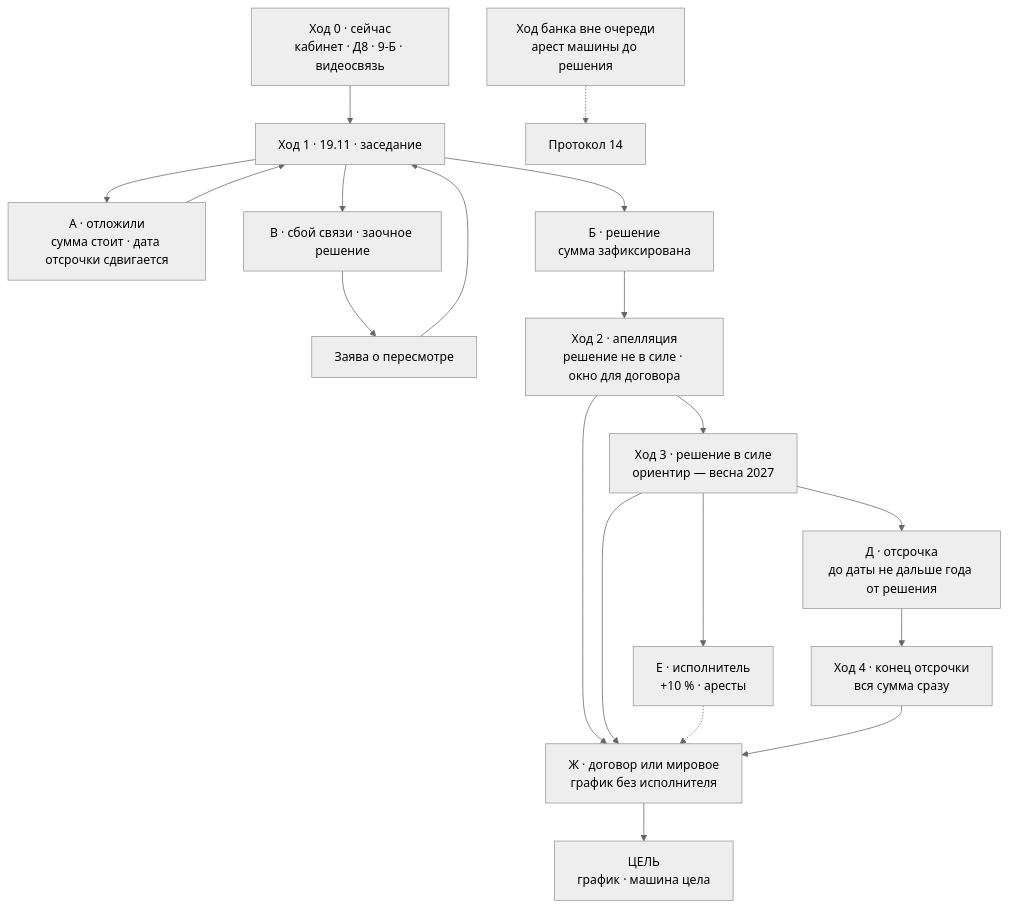
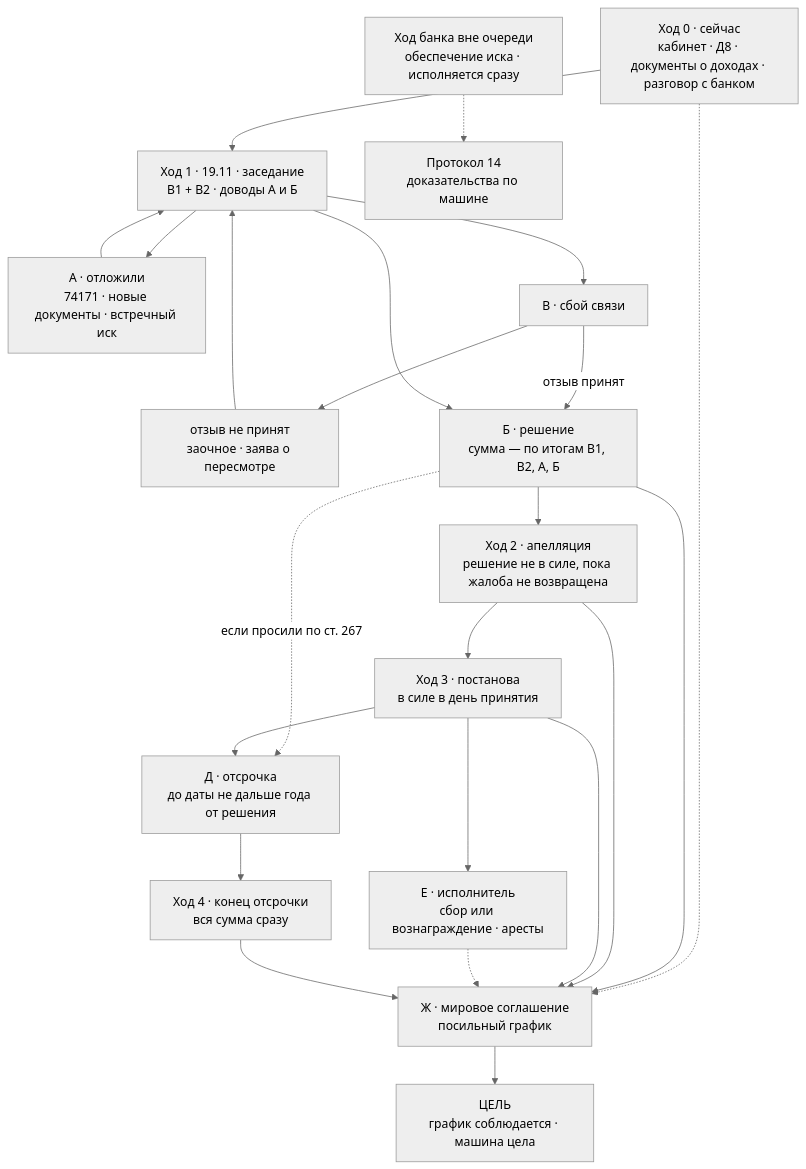
One commit to FARTOFALOS/advokat changed the diagram in ABANK/00_ТЕКУЩЕЕ/18_ШАХМАТНАЯ_ПАРТИЯ_2026-11-07.md. Above: the diagram before and after it, drawn with Mermaid (neutral theme). The commit also changed other lines of this file and 17 other files, not shown here.

````diff
--- a/ABANK/00_ТЕКУЩЕЕ/18_ШАХМАТНАЯ_ПАРТИЯ_2026-11-07.md
+++ b/ABANK/00_ТЕКУЩЕЕ/18_ШАХМАТНАЯ_ПАРТИЯ_2026-11-07.md
@@ -218,21 +306,25 @@
 ```mermaid
 flowchart TD
-    N0["Ход 0 · сейчас<br/>кабинет · Д8 · 9-Б · видеосвязь"] --> H["Ход 1 · 19.11 · заседание"]
-    K["Ход банка вне очереди<br/>арест машины до решения"] -.-> CAR["Протокол 14"]
-    H --> A["А · отложили<br/>сумма стоит · дата отсрочки сдвигается"]
+    N0["Ход 0 · сейчас<br/>кабинет · Д8 · документы о доходах · разговор с банком"] --> H["Ход 1 · 19.11 · заседание<br/>В1 + В2 · доводы А и Б"]
+    K["Ход банка вне очереди<br/>обеспечение иска · исполняется сразу"] -.-> CAR["Протокол 14<br/>доказательства по машине"]
+    H --> A["А · отложили<br/>74171 · новые документы · встречный иск"]
     A --> H
-    H --> V["В · сбой связи · заочное решение"]
-    V --> P["Заява о пересмотре"]
-    P --> H
-    H --> B["Б · решение<br/>сумма зафиксирована"]
-    B --> G["Ход 2 · апелляция<br/>решение не в силе · окно для договора"]
-    G --> F["Ход 3 · решение в силе<br/>ориентир — весна 2027"]
+    H --> V["В · сбой связи"]
+    V --> V1["отзыв не принят<br/>заочное · заява о пересмотре"]
+    V1 --> H
+    V -->|"отзыв принят"| B
+    H --> B["Б · решение<br/>сумма — по итогам В1, В2, А, Б"]
+    B -.->|"если просили по ст. 267"| D
+    B --> G["Ход 2 · апелляция<br/>решение не в силе, пока жалоба не возвращена"]
+    G --> F["Ход 3 · постанова<br/>в силе в день принятия"]
     F --> D["Д · отсрочка<br/>до даты не дальше года от решения"]
-    F --> E["Е · исполнитель<br/>+10 % · аресты"]
-    G --> W["Ж · договор или мировое<br/>график без исполнителя"]
+    F --> E["Е · исполнитель<br/>сбор или вознаграждение · аресты"]
+    N0 -.-> W
+    B --> W["Ж · мировое соглашение<br/>посильный график"]
+    G --> W
     F --> W
     E -.-> W
     D --> X["Ход 4 · конец отсрочки<br/>вся сумма сразу"]
     X --> W
-    W --> GOAL["ЦЕЛЬ<br/>график · машина цела"]
+    W --> GOAL["ЦЕЛЬ<br/>график соблюдается · машина цела"]
 ```
````
